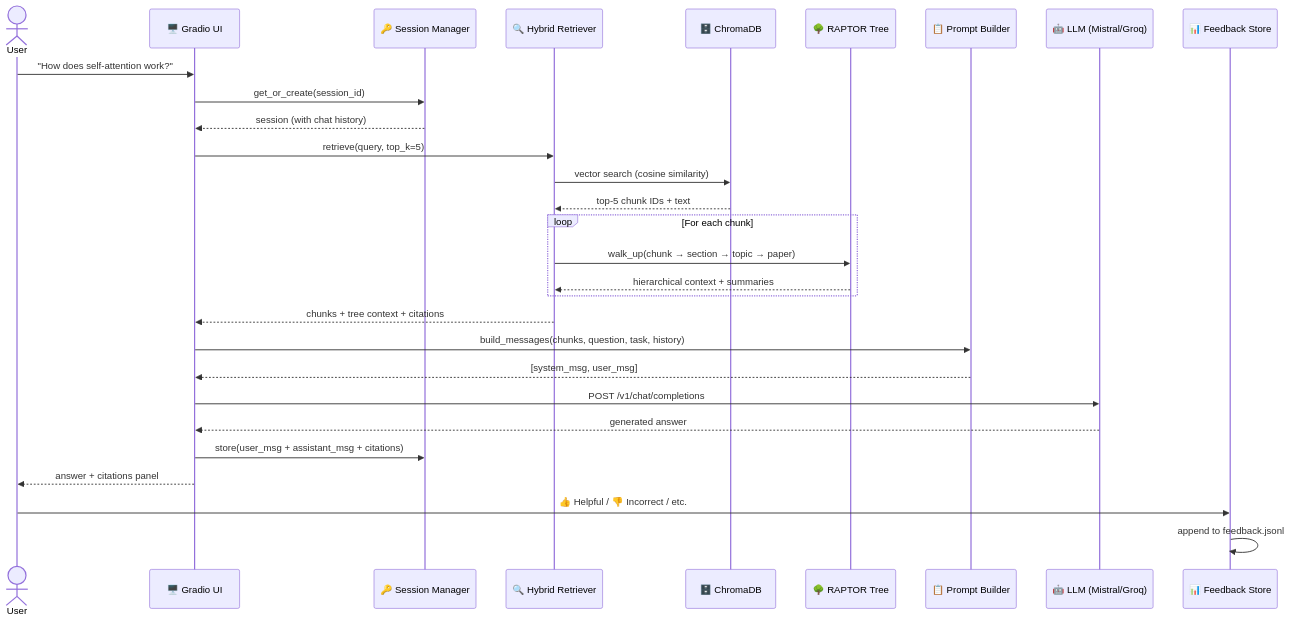
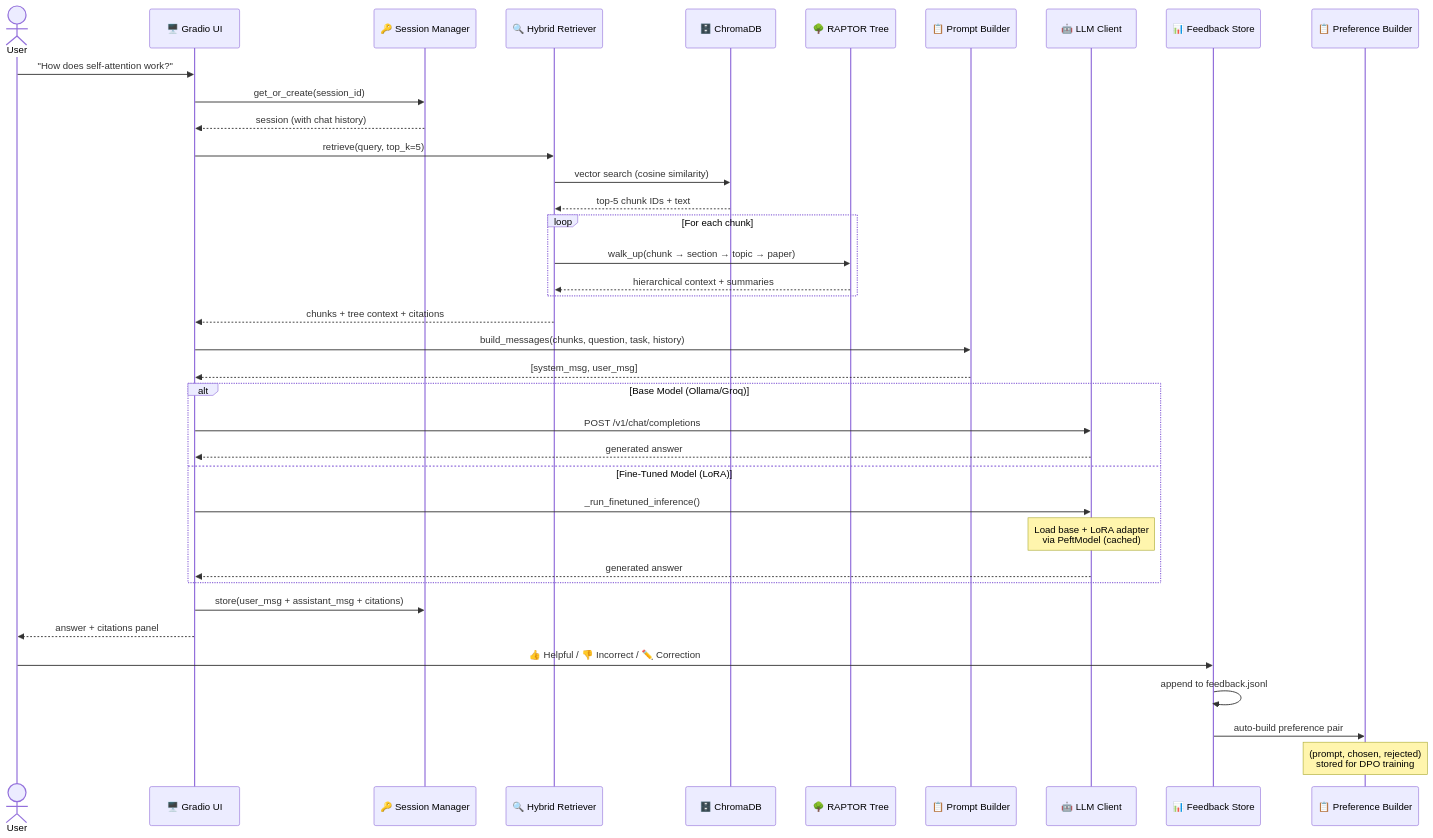
One commit to priyankmistry21699-web/raptor-research-assistant changed the second of 7 diagrams in README.md. Above: the diagram before and after it, drawn with Mermaid. The commit also changed other lines of this file, not shown here.

First line of the commit message:
Update architecture overview: enhanced diagrams for fine-tuned inference, learning loop, evaluation pipeline

````diff
--- a/README.md
+++ b/README.md
@@ -115,39 +120,48 @@
 ```mermaid
 sequenceDiagram
     actor User
     participant UI as 🖥️ Gradio UI
     participant Session as 🔑 Session Manager
     participant Retriever as 🔍 Hybrid Retriever
     participant ChromaDB as 🗄️ ChromaDB
     participant Tree as 🌳 RAPTOR Tree
     participant Prompt as 📋 Prompt Builder
-    participant LLM as 🤖 LLM (Mistral/Groq)
+    participant LLM as 🤖 LLM Client
     participant Feedback as 📊 Feedback Store
+    participant Pref as 📋 Preference Builder
 
     User->>UI: "How does self-attention work?"
     UI->>Session: get_or_create(session_id)
     Session-->>UI: session (with chat history)
 
     UI->>Retriever: retrieve(query, top_k=5)
     Retriever->>ChromaDB: vector search (cosine similarity)
     ChromaDB-->>Retriever: top-5 chunk IDs + text
 
     loop For each chunk
         Retriever->>Tree: walk_up(chunk → section → topic → paper)
         Tree-->>Retriever: hierarchical context + summaries
     end
 
     Retriever-->>UI: chunks + tree context + citations
 
     UI->>Prompt: build_messages(chunks, question, task, history)
     Prompt-->>UI: [system_msg, user_msg]
 
-    UI->>LLM: POST /v1/chat/completions
-    LLM-->>UI: generated answer
+    alt Base Model (Ollama/Groq)
+        UI->>LLM: POST /v1/chat/completions
+        LLM-->>UI: generated answer
+    else Fine-Tuned Model (LoRA)
+        UI->>LLM: _run_finetuned_inference()
+        Note over LLM: Load base + LoRA adapter<br/>via PeftModel (cached)
+        LLM-->>UI: generated answer
+    end
 
     UI->>Session: store(user_msg + assistant_msg + citations)
     UI-->>User: answer + citations panel
 
-    User->>Feedback: 👍 Helpful / 👎 Incorrect / etc.
+    User->>Feedback: 👍 Helpful / 👎 Incorrect / ✏️ Correction
     Feedback->>Feedback: append to feedback.jsonl
+    Feedback->>Pref: auto-build preference pair
+    Note over Pref: (prompt, chosen, rejected)<br/>stored for DPO training
 ```
````
